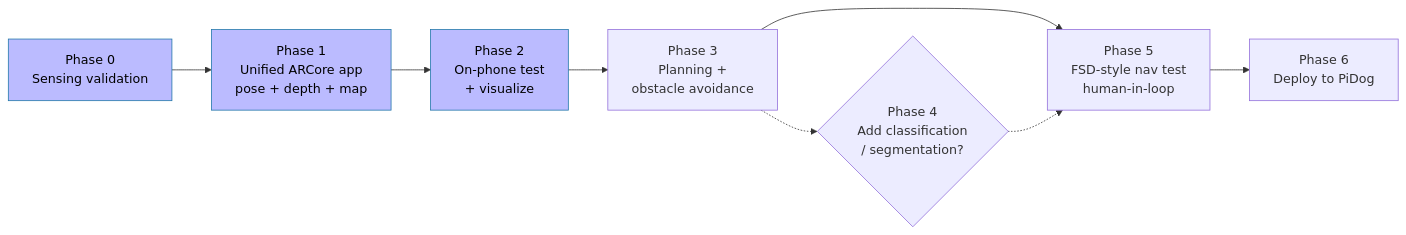
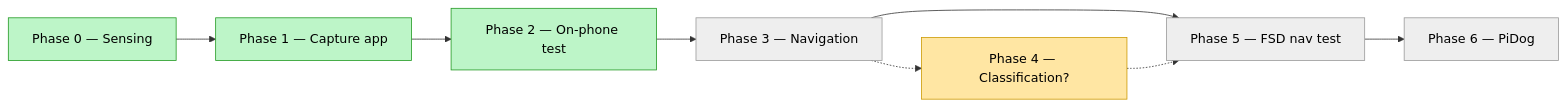
One commit to alexbhandari/pidog-public changed the second of 2 diagrams in PROJECT_PLAN.md. Above: the diagram before and after it, drawn with Mermaid. The commit also changed other lines of this file, not shown here.

Commit message:
sync plan + phase docs (2026-06-20)

````diff
--- a/PROJECT_PLAN.md
+++ b/PROJECT_PLAN.md
@@ -83,11 +86,16 @@
 ```mermaid
 flowchart LR
-    P0["Phase 0<br/>Sensing validation"]:::done --> P1["Phase 1<br/>Unified ARCore app<br/>pose + depth + map"]:::done
-    P1 --> P2["Phase 2<br/>On-phone test<br/>+ visualize"]:::done
-    P2 --> P3["Phase 3<br/>Planning +<br/>obstacle avoidance"]
-    P3 --> P5["Phase 5<br/>FSD-style nav test<br/>human-in-loop"]
-    P5 --> P6["Phase 6<br/>Deploy to PiDog"]
-    P3 -.-> P4{"Phase 4<br/>Add classification<br/>/ segmentation?"}
+    P0["Phase 0 — Sensing"] --> P1["Phase 1 — Capture app"]
+    P1 --> P2["Phase 2 — On-phone test"]
+    P2 --> P3["Phase 3 — Navigation"]
+    P3 --> P5["Phase 5 — FSD nav test"]
+    P5 --> P6["Phase 6 — PiDog"]
+    P3 -.-> P4["Phase 4 — Classification?"]
     P4 -.-> P5
-    classDef done fill:#bbf,stroke:#27a,color:#000;
+    classDef done fill:#bdf5c8,stroke:#229922,color:#000;
+    classDef todo fill:#eeeeee,stroke:#999999,color:#000;
+    classDef decision fill:#ffe6a3,stroke:#cc9900,color:#000;
+    class P0,P1,P2 done;
+    class P3,P5,P6 todo;
+    class P4 decision;
 ```
````
